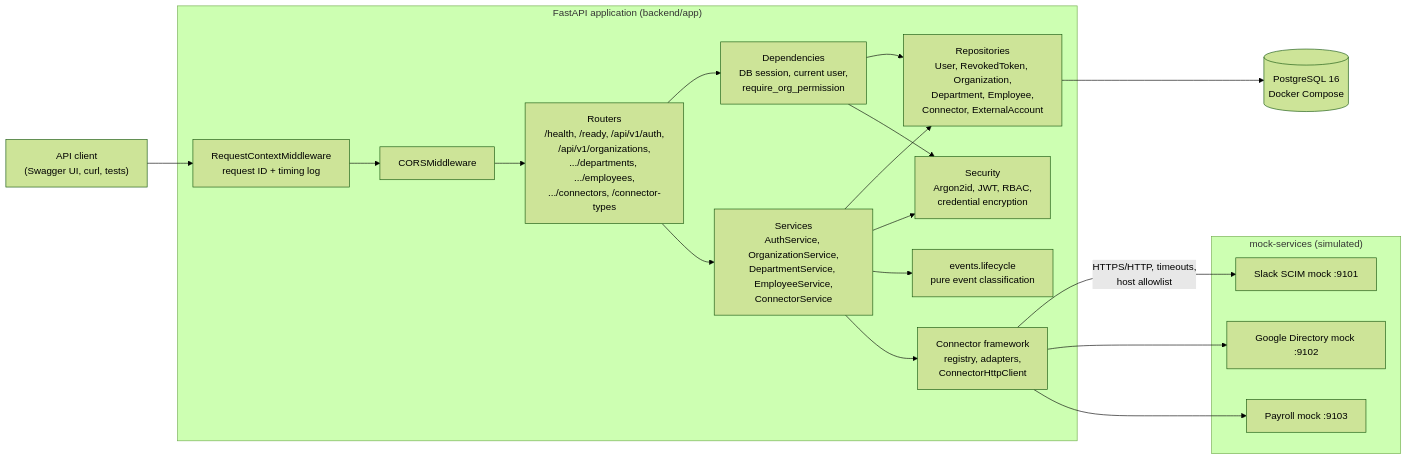
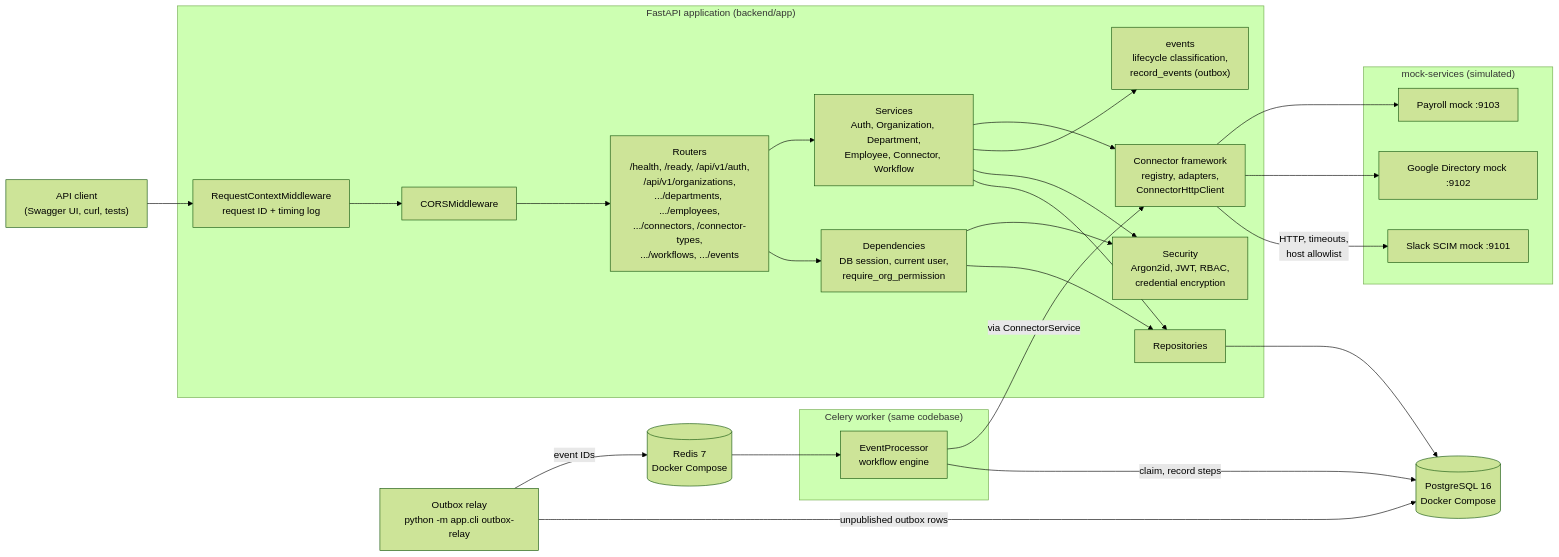
Before and after one commit to praneeth-srikurmadasu/syncforge: the first of 2 diagrams in docs/05-system-architecture.md, drawn with Mermaid (forest theme). The commit also changed other lines of this file and 29 other files, not shown here.

First line of the commit message:
docs: document Phase 5 event-driven architecture and workflow engine

````diff
--- a/docs/05-system-architecture.md
+++ b/docs/05-system-architecture.md
@@ -8,35 +8,45 @@
 ```mermaid
 flowchart LR
     client["API client<br/>(Swagger UI, curl, tests)"]
     subgraph api["FastAPI application (backend/app)"]
         mw["RequestContextMiddleware<br/>request ID + timing log"]
         cors["CORSMiddleware"]
-        routes["Routers<br/>/health, /ready, /api/v1/auth,<br/>/api/v1/organizations,<br/>.../departments, .../employees,<br/>.../connectors, /connector-types"]
+        routes["Routers<br/>/health, /ready, /api/v1/auth,<br/>/api/v1/organizations,<br/>.../departments, .../employees,<br/>.../connectors, /connector-types,<br/>.../workflows, .../events"]
         deps["Dependencies<br/>DB session, current user,<br/>require_org_permission"]
-        svc["Services<br/>AuthService, OrganizationService,<br/>DepartmentService, EmployeeService,<br/>ConnectorService"]
-        events["events.lifecycle<br/>pure event classification"]
-        repo["Repositories<br/>User, RevokedToken, Organization,<br/>Department, Employee,<br/>Connector, ExternalAccount"]
+        svc["Services<br/>Auth, Organization, Department,<br/>Employee, Connector, Workflow"]
+        events["events<br/>lifecycle classification,<br/>record_events (outbox)"]
+        repo["Repositories"]
         sec["Security<br/>Argon2id, JWT, RBAC,<br/>credential encryption"]
         conn["Connector framework<br/>registry, adapters,<br/>ConnectorHttpClient"]
     end
     db[("PostgreSQL 16<br/>Docker Compose")]
+    relay["Outbox relay<br/>python -m app.cli outbox-relay"]
+    redis[("Redis 7<br/>Docker Compose")]
+    subgraph worker["Celery worker (same codebase)"]
+        engine["EventProcessor<br/>workflow engine"]
+    end
     subgraph mocks["mock-services (simulated)"]
         slack["Slack SCIM mock :9101"]
         google["Google Directory mock :9102"]
         payroll["Payroll mock :9103"]
     end
 
     client --> mw --> cors --> routes
     routes --> deps
     routes --> svc
     deps --> repo
     deps --> sec
     svc --> repo
     svc --> sec
     svc --> events
     svc --> conn
     repo --> db
-    conn -- "HTTPS/HTTP, timeouts,<br/>host allowlist" --> slack
+    relay -- "unpublished outbox rows" --> db
+    relay -- "event IDs" --> redis
+    redis --> engine
+    engine -- "claim, record steps" --> db
+    engine -- "via ConnectorService" --> conn
+    conn -- "HTTP, timeouts,<br/>host allowlist" --> slack
     conn --> google
     conn --> payroll
 ```
````
